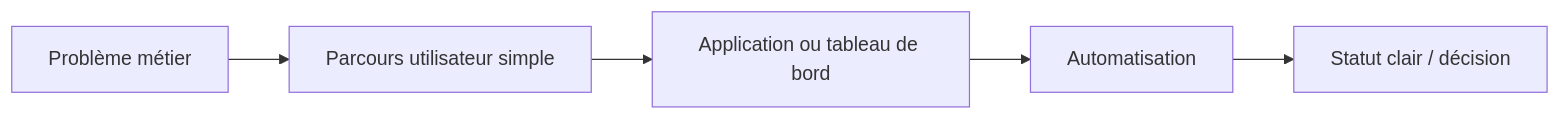
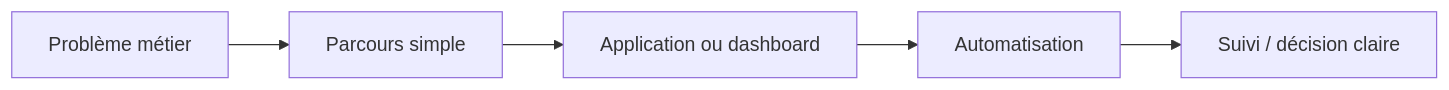
The second of 2 diagrams in README.md (jeffersonkuku/jeffersonkuku), drawn with Mermaid before and after one commit. The commit also changed other lines of this file, not shown here.

````diff
--- a/README.md
+++ b/README.md
@@ -60,7 +70,7 @@
 ```mermaid
 flowchart LR
-    A[Problème métier] --> B[Parcours utilisateur simple]
-    B --> C[Application ou tableau de bord]
+    A[Problème métier] --> B[Parcours simple]
+    B --> C[Application ou dashboard]
     C --> D[Automatisation]
-    D --> E[Statut clair / décision]
+    D --> E[Suivi / décision claire]
 ```
````
